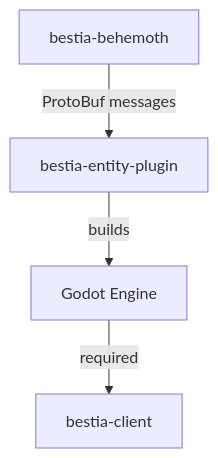
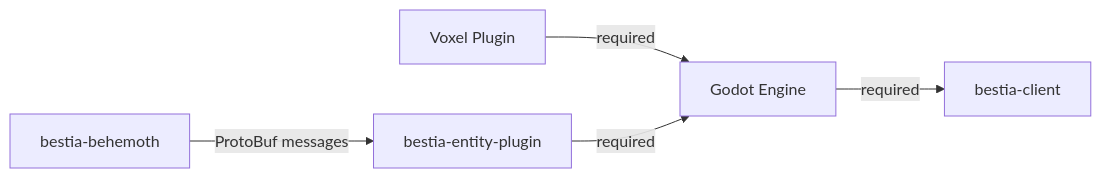
The diagram in content/_index.md (tfelix/bestia-docs), drawn with Mermaid before and after one commit.

Commit message:
Improves layout of required graph

```diff
--- a/content/_index.md
+++ b/content/_index.md
@@ -30,6 +30,7 @@
 {{< mermaid >}}
-graph TD
+graph LR
   zone[bestia-behemoth] -- ProtoBuf messages --> plugin[bestia-entity-plugin]
-  plugin -- builds --> godot[Godot Engine]
+  voxel[Voxel Plugin] -- required --> godot[Godot Engine]
+  plugin -- required --> godot
   godot -- required --> client[bestia-client]
 {{< /mermaid >}}
```
